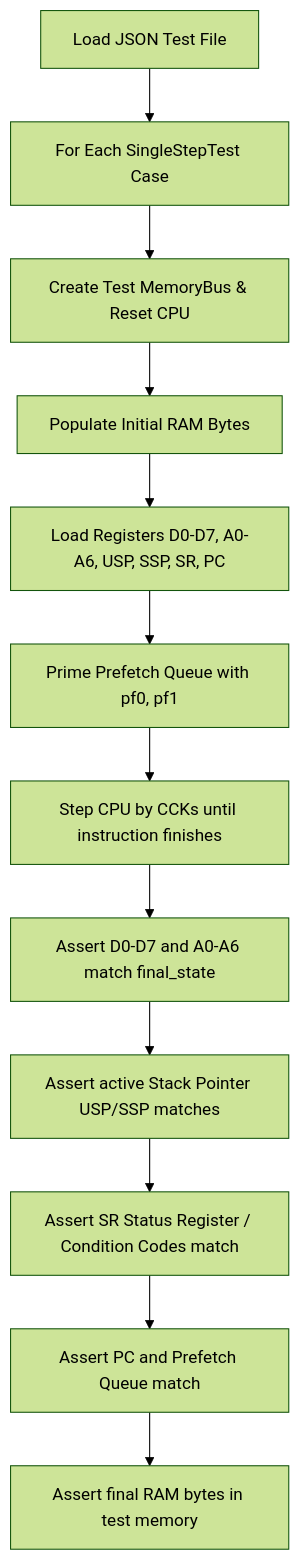
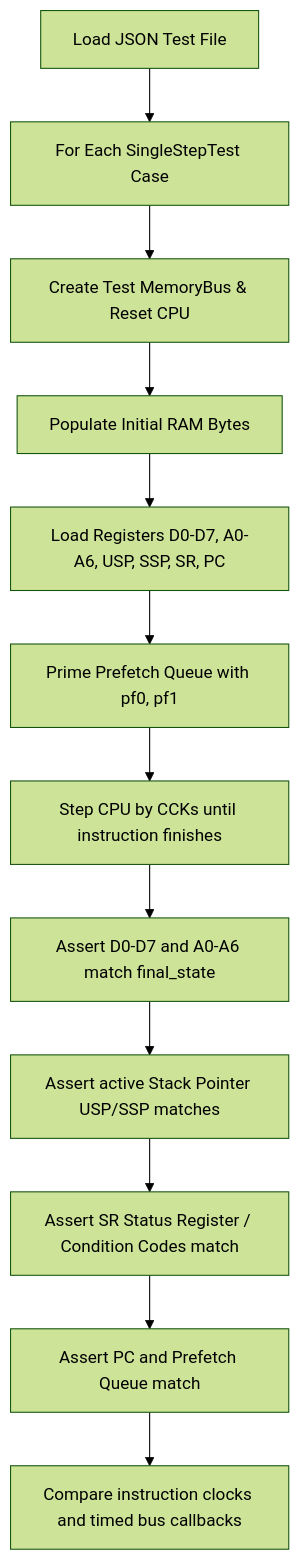
The diagram in Obsidian/Amiga/Design/Verification/CPU SingleStepTests.md (tomek-anuszkiewicz/amiga-studio), drawn with Mermaid (forest theme) before and after one commit. The commit also changed other lines of this file and 9 other files, not shown here.

First line of the commit message:
fix(test-runner): remove redundant SingleStep final RAM comparison

````diff
--- a/Obsidian/Amiga/Design/Verification/CPU SingleStepTests.md
+++ b/Obsidian/Amiga/Design/Verification/CPU SingleStepTests.md
@@ -286,14 +287,14 @@
 ```mermaid
 flowchart TD
     A[Load JSON Test File] --> B[For Each SingleStepTest Case]
     B --> C[Create Test MemoryBus & Reset CPU]
     C --> D[Populate Initial RAM Bytes]
     D --> E[Load Registers D0-D7, A0-A6, USP, SSP, SR, PC]
     E --> F[Prime Prefetch Queue with pf0, pf1]
     F --> G[Step CPU by CCKs until instruction finishes]
     G --> H[Assert D0-D7 and A0-A6 match final_state]
     H --> I[Assert active Stack Pointer USP/SSP matches]
     I --> J[Assert SR Status Register / Condition Codes match]
     J --> K[Assert PC and Prefetch Queue match]
-    K --> L[Assert final RAM bytes in test memory]
+    K --> L[Compare instruction clocks and timed bus callbacks]
 ```
````
